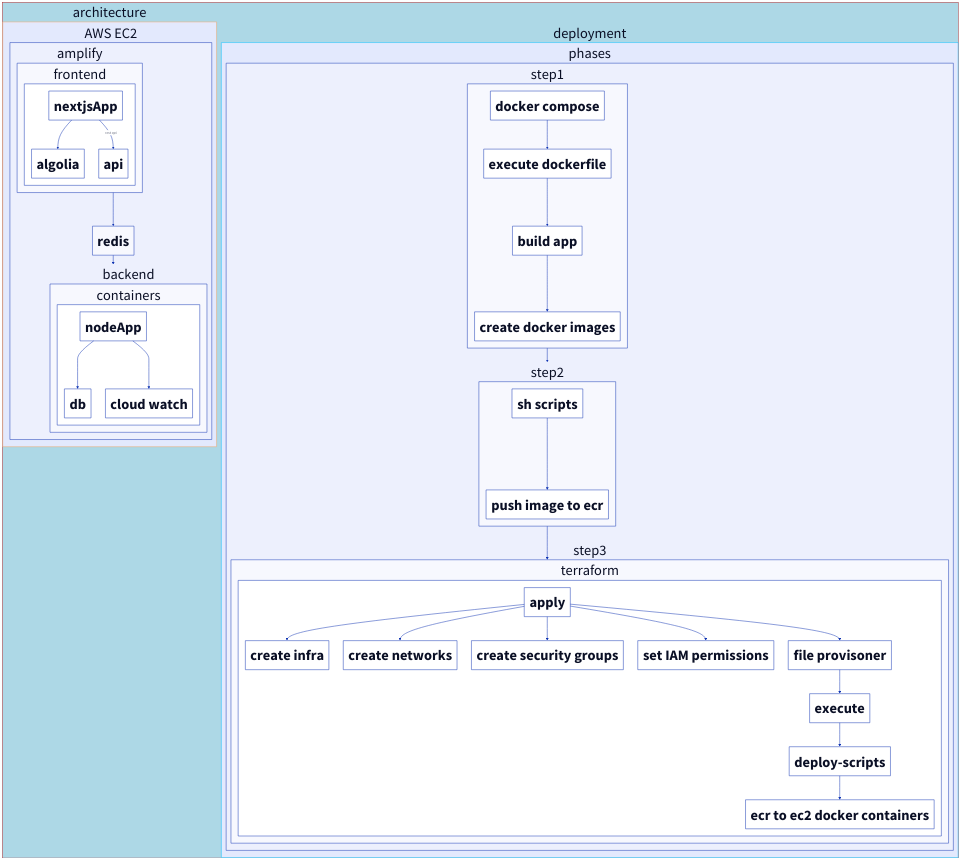
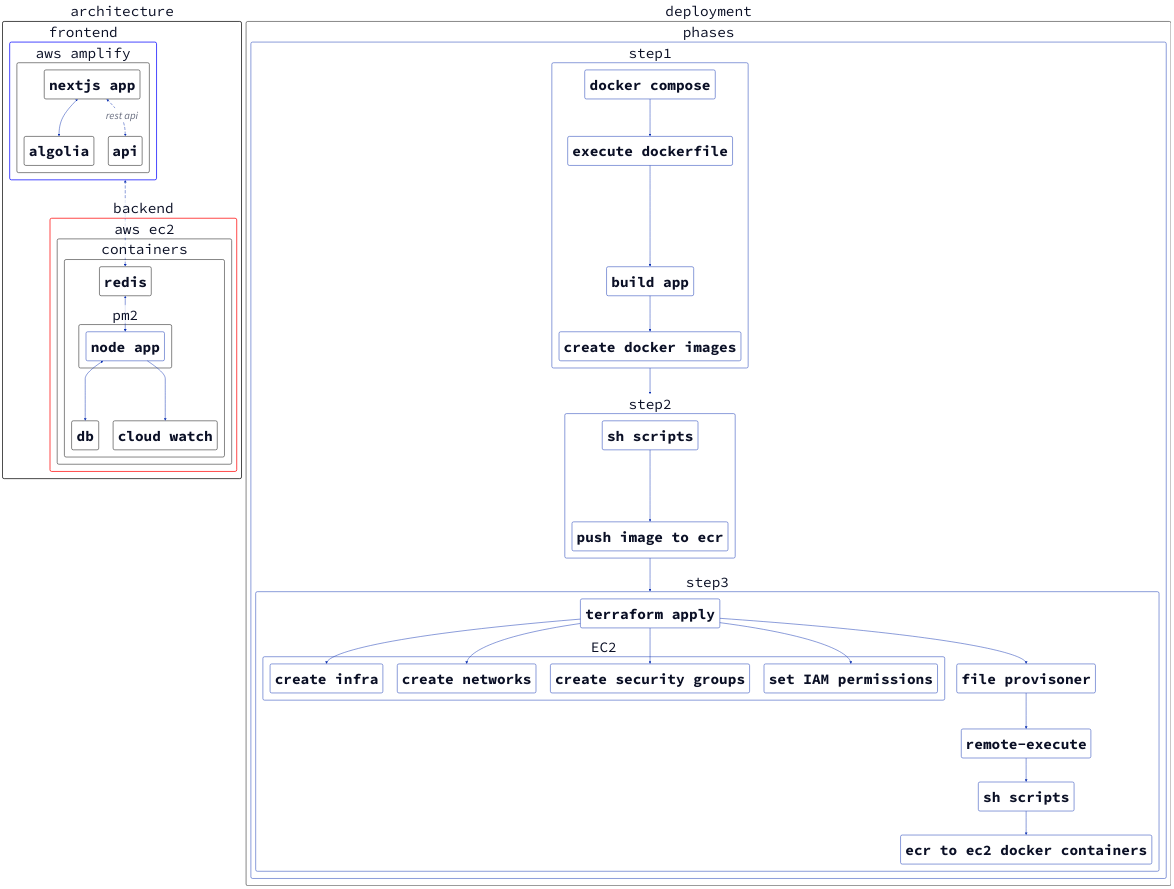
One commit to whatsnxt-org/whatsnxt-app-architecture changed the diagram in architecture.d2. Above: the diagram before and after it, drawn with D2. The commit also changed other lines of this file and 4 other files, not shown here.

```diff
--- a/architecture.d2
+++ b/architecture.d2
@@ -1,53 +1,61 @@
-style: {
-  fill: LightBlue
-  stroke: FireBrick
-  stroke-width: 2
+architecture: {
+  frontend: {
+    aws amplify: {
+      nextjs app <-> algolia
+      nextjs app <-> api: rest api {
+        style.animated: true
+        style: {
+          font-size: 44
+        }
+      }
+      *.style.stroke: "black"
+    }
+    *.style.stroke: "black"
+  }
+  frontend.style.stroke: "blue"
+  frontend.style.stroke-width: "3"
+
+  backend: {
+    aws ec2: {
+      containers: {
+        redis <-> pm2.node app <-> db: {shape: cylinder}
+        pm2.node app -> cloud watch
+        *.style.stroke: "black"
+      }
+      *.style.stroke: "black"
+    }
+    *.style.stroke: "black"
+  }
+  frontend <-> backend.aws ec2.containers.redis: {style.animated: true}
+  backend.style.stroke: "red"
+  backend.style.stroke-width: "3"
 }
-
-architecture.style.stroke: "#f4a261"
-architecture: {
-  AWS EC2: {
-    amplify: {
-      frontend: {
-        nextjsApp -> algolia
-        nextjsApp -> api: rest api
-      }
-    }
-
-    backend: {
-      containers: {
-        nodeApp -> db: {shape: cylinder}
-        nodeApp -> cloud watch
-      }
-    }
-
-    amplify -> redis -> backend
-  }
-}
+architecture.style.stroke-width: "3"
 
 deployment: {
   phases: {
     step1: {
       docker compose -> execute dockerfile -> build app -> create docker images
     }
     step2: {
-        sh scripts -> push image to ecr
+      sh scripts -> push image to ecr
     }
     step3: {
-      terraform: {
-        apply -> create infra
-        apply -> create networks
-        apply -> create security groups
-        apply -> set IAM permissions
-        apply -> file provisoner -> execute -> deploy-scripts
-        deploy-scripts -> ecr to ec2 docker containers
-      }
+      terraform apply -> EC2.create infra
+      terraform apply -> EC2.create networks
+      terraform apply -> EC2.create security groups
+      terraform apply -> EC2.set IAM permissions
+      terraform apply -> file provisoner -> remote-execute -> sh scripts
+      sh scripts -> ecr to ec2 docker containers
     }
     step1 -> step2 -> step3
   }
 }
-deployment.style.stroke: "deepskyblue"
+*.style.stroke: "black"
 
-**:{
+**: {
+  style.fill: white
+  style.font: mono
   style.font-size: 60
+  style.border-radius: 7
 }
```
